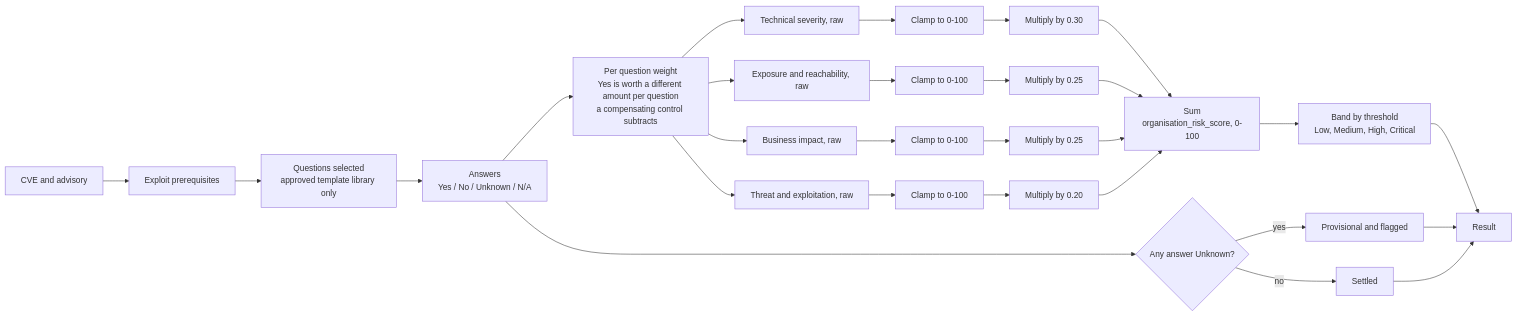
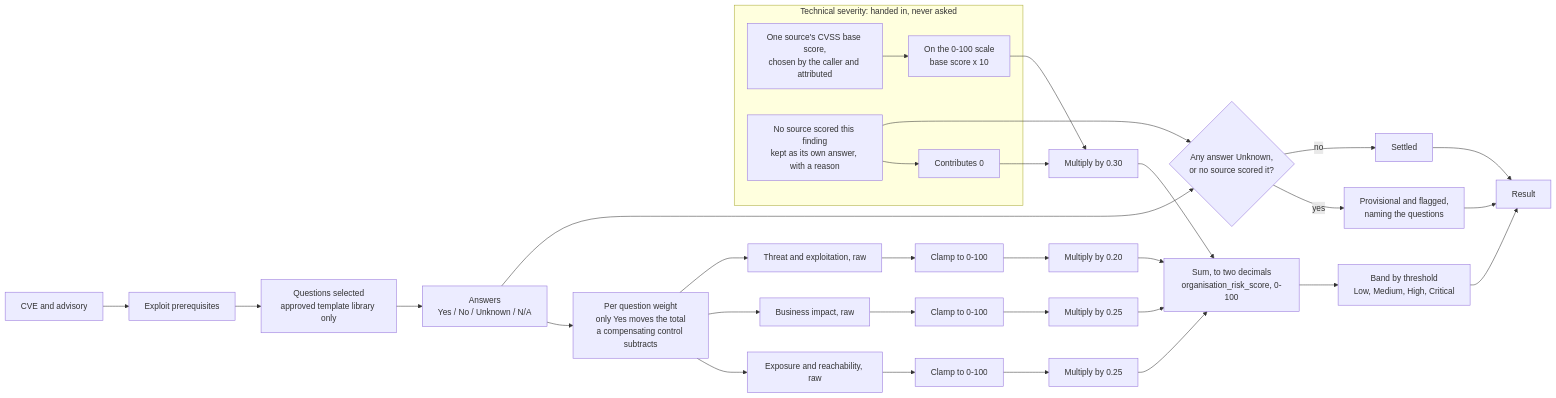
One commit to heinthtnaung/AgenticLLMAppAuditor changed the third of 5 diagrams in docs/diagrams.md. Above: the diagram before and after it, drawn with Mermaid. The commit also changed other lines of this file and 14 other files, not shown here.

First line of the commit message:
Add the Organisation Risk Score engine

````diff
--- a/docs/diagrams.md
+++ b/docs/diagrams.md
@@ -147,38 +166,43 @@
 ```mermaid
 flowchart LR
     cve["CVE and advisory"] --> pre["Exploit prerequisites"]
     pre --> qs["Questions selected<br/>approved template library only"]
     qs --> ans["Answers<br/>Yes / No / Unknown / N/A"]
 
-    ans --> wgt["Per question weight<br/>Yes is worth a different amount per question<br/>a compensating control subtracts"]
+    ans --> wgt["Per question weight<br/>only Yes moves the total<br/>a compensating control subtracts"]
 
-    wgt --> traw["Technical severity, raw"]
     wgt --> eraw["Exposure and reachability, raw"]
     wgt --> braw["Business impact, raw"]
     wgt --> hraw["Threat and exploitation, raw"]
 
-    traw --> tclp["Clamp to 0-100"]
     eraw --> eclp["Clamp to 0-100"]
     braw --> bclp["Clamp to 0-100"]
     hraw --> hclp["Clamp to 0-100"]
 
-    tclp --> tw["Multiply by 0.30"]
+    subgraph TECH["Technical severity: handed in, never asked"]
+        pick["One source's CVSS base score,<br/>chosen by the caller and attributed"] --> tsc["On the 0-100 scale<br/>base score x 10"]
+        nosrc["No source scored this finding<br/>kept as its own answer, with a reason"] --> tzero["Contributes 0"]
+    end
+
+    tsc --> tw["Multiply by 0.30"]
+    tzero --> tw
     eclp --> ew["Multiply by 0.25"]
     bclp --> bw["Multiply by 0.25"]
     hclp --> hw["Multiply by 0.20"]
 
-    tw --> sum["Sum<br/>organisation_risk_score, 0-100"]
-    ew --> sum
-    bw --> sum
-    hw --> sum
+    tw --> total["Sum, to two decimals<br/>organisation_risk_score, 0-100"]
+    ew --> total
+    bw --> total
+    hw --> total
 
-    sum --> bnd["Band by threshold<br/>Low, Medium, High, Critical"]
+    total --> bnd["Band by threshold<br/>Low, Medium, High, Critical"]
 
-    ans --> unk{"Any answer Unknown?"}
-    unk -->|"yes"| prov["Provisional and flagged"]
+    ans --> unk{"Any answer Unknown,<br/>or no source scored it?"}
+    nosrc --> unk
+    unk -->|"yes"| prov["Provisional and flagged,<br/>naming the questions"]
     unk -->|"no"| firm["Settled"]
 
     bnd --> res["Result"]
     prov --> res
     firm --> res
 ```
````
